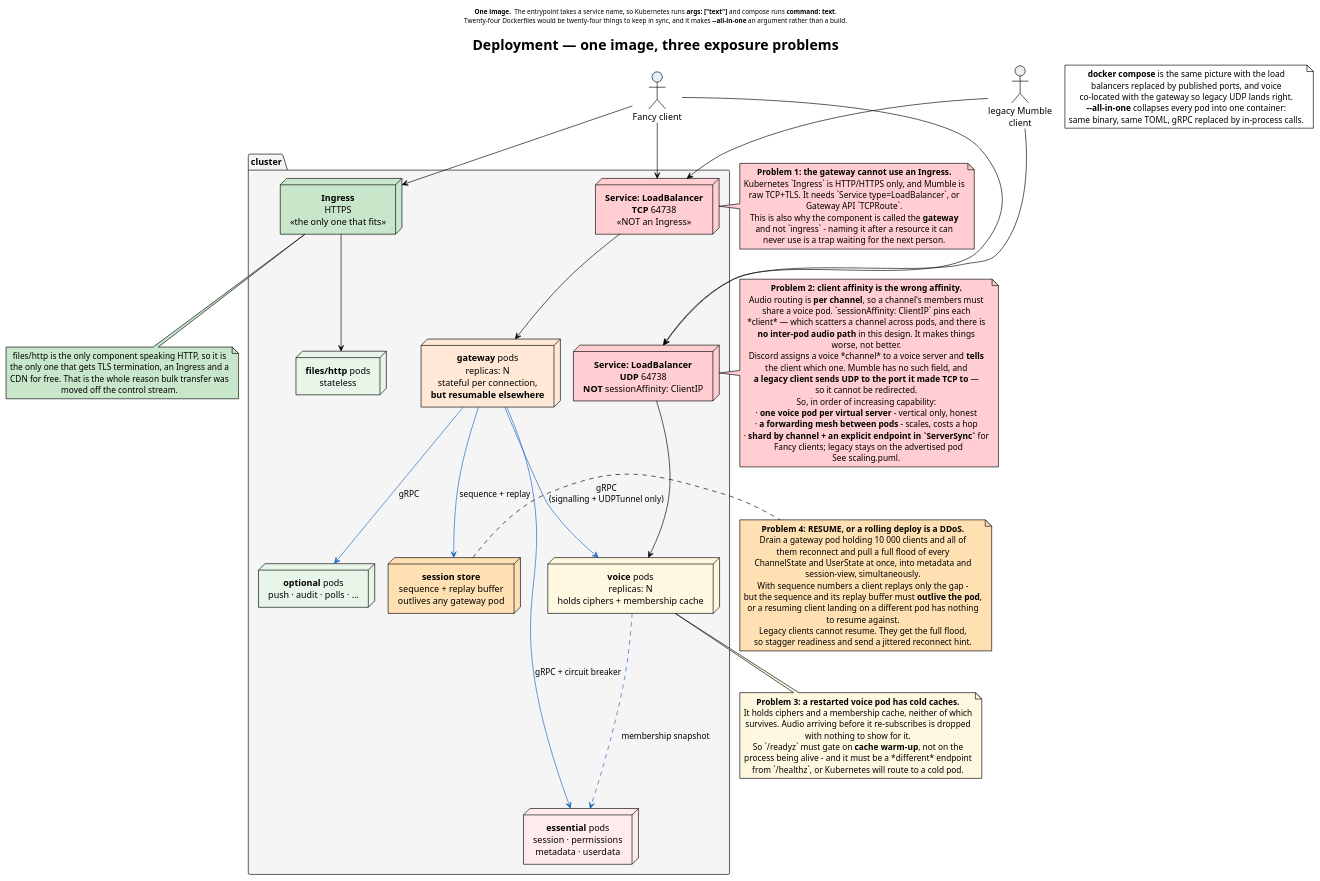
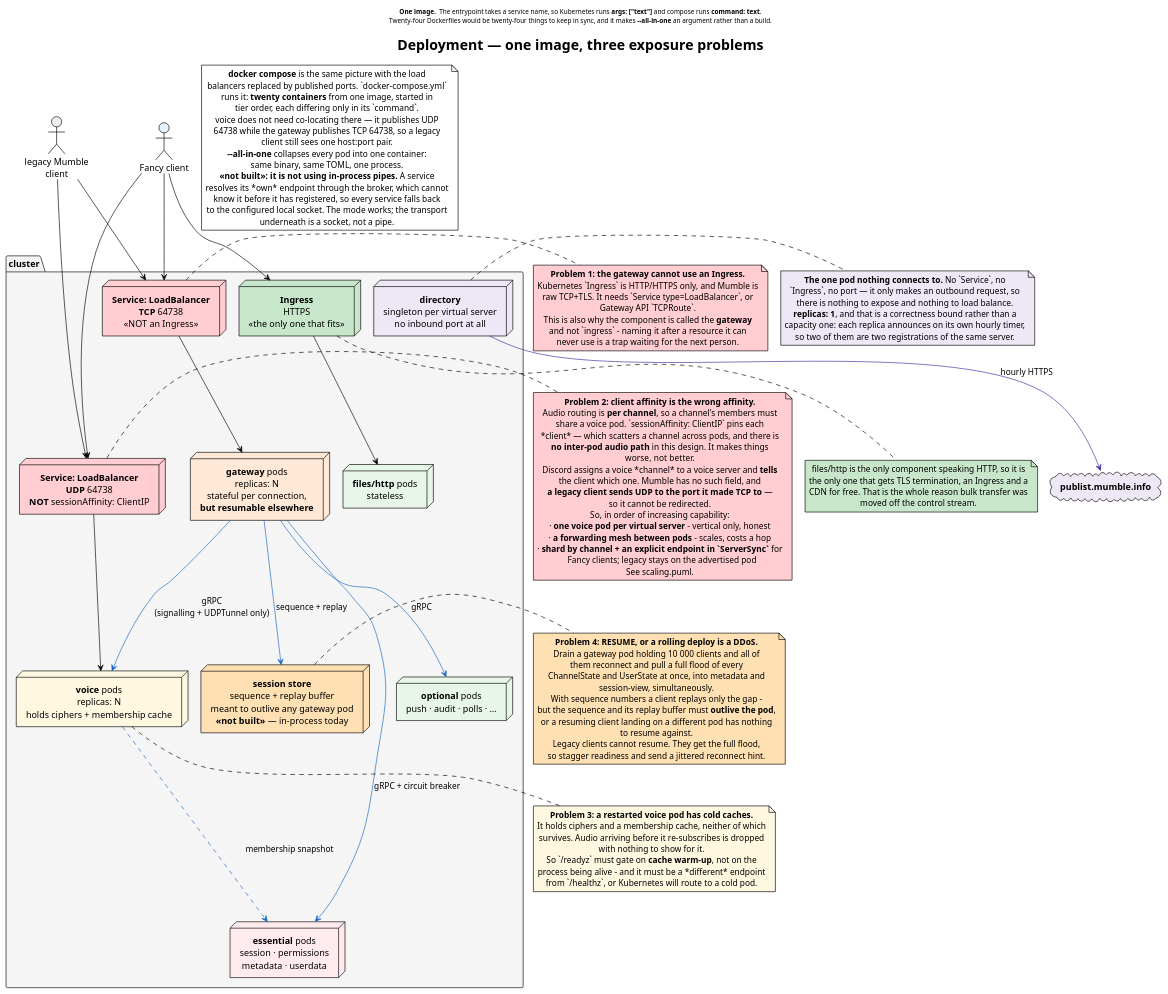
One commit to Fancy-Mumble/starling changed the diagram in docs/diagrams/deployment.puml. Above: the diagram before and after it, drawn with PlantUML. The commit also changed 12 other files, not shown here.

First line of the commit message:
build: add a deployable image and a compose stack

```diff
--- a/docs/diagrams/deployment.puml
+++ b/docs/diagrams/deployment.puml
@@ -1,118 +1,139 @@
 @startuml deployment
 !theme plain
 skinparam componentStyle rectangle
 skinparam shadowing false
 skinparam nodesep 20
 skinparam ranksep 45
 skinparam defaultTextAlignment center
 
 title Deployment — one image, three exposure problems
 
 header
 <b>One image.</b>  The entrypoint takes a service name, so Kubernetes runs <b>args: ["text"]</b> and compose runs <b>command: text</b>.
 Twenty-four Dockerfiles would be twenty-four things to keep in sync, and it makes <b>--all-in-one</b> an argument rather than a build.
 endheader
 
 actor "legacy Mumble\nclient" as legacy #EEEEEE
 actor "Fancy client" as fancy #E3F2FD
 
 package "cluster" as K8S #F5F5F5 {
 
   node "**Service: LoadBalancer**\n**TCP** 64738\n«NOT an Ingress»" as lbtcp #FFCDD2
   node "**Service: LoadBalancer**\n**UDP** 64738\n**NOT** sessionAffinity: ClientIP" as lbudp #FFCDD2
   node "**Ingress**\nHTTPS\n«the only one that fits»" as ing #C8E6C9
 
   node "**gateway** pods\nreplicas: N\nstateful per connection,\n**but resumable elsewhere**" as gwpod #FFE9D6
-  node "**session store**\nsequence + replay buffer\noutlives any gateway pod" as sstore #FFE0B2
+  node "**session store**\nsequence + replay buffer\nmeant to outlive any gateway pod\n**«not built»** — in-process today" as sstore #FFE0B2
   node "**voice** pods\nreplicas: N\nholds ciphers + membership cache" as vpod #FFF8E1
   node "**files/http** pods\nstateless" as fpod #E8F5E9
   node "**essential** pods\nsession · permissions\nmetadata · userdata" as epod #FFEBEE
   node "**optional** pods\npush · audit · polls · …" as opod #E8F5E9
+  node "**directory**\nsingleton per virtual server\nno inbound port at all" as dpod #EDE7F6
 }
+
+cloud "**publist.mumble.info**" as publist #EDE7F6
+dpod -[#4527A0]-> publist : hourly HTTPS
+note right of dpod #EDE7F6
+  **The one pod nothing connects to.** No `Service`, no
+  `Ingress`, no port — it only makes an outbound request, so
+  there is nothing to expose and nothing to load balance.
+  **replicas: 1**, and that is a correctness bound rather than a
+  capacity one: each replica announces on its own hourly timer,
+  so two of them are two registrations of the same server.
+end note
 
 legacy --> lbtcp
 fancy  --> lbtcp
 lbtcp  --> gwpod
 
 legacy --> lbudp
 fancy  --> lbudp
 lbudp  --> vpod
 
 fancy --> ing
 ing   --> fpod
 
 gwpod -[#1565C0]-> epod : gRPC + circuit breaker
 gwpod -[#1565C0]-> opod : gRPC
 gwpod -[#1565C0]-> vpod : gRPC\n(signalling + UDPTunnel only)
 gwpod -[#1565C0]-> sstore : sequence + replay
 vpod  -[#1565C0].-> epod : membership snapshot
 
 note right of sstore #FFE0B2
   **Problem 4: RESUME, or a rolling deploy is a DDoS.**
   Drain a gateway pod holding 10 000 clients and all of
   them reconnect and pull a full flood of every
   ChannelState and UserState at once, into metadata and
   session-view, simultaneously.
   With sequence numbers a client replays only the gap -
   but the sequence and its replay buffer must **outlive the pod**,
   or a resuming client landing on a different pod has nothing
   to resume against.
   Legacy clients cannot resume. They get the full flood,
   so stagger readiness and send a jittered reconnect hint.
 end note
 
 note right of lbtcp #FFCDD2
   **Problem 1: the gateway cannot use an Ingress.**
   Kubernetes `Ingress` is HTTP/HTTPS only, and Mumble is
   raw TCP+TLS. It needs `Service type=LoadBalancer`, or
   Gateway API `TCPRoute`.
   This is also why the component is called the **gateway**
   and not `ingress` - naming it after a resource it can
   never use is a trap waiting for the next person.
 end note
 
 note right of lbudp #FFCDD2
   **Problem 2: client affinity is the wrong affinity.**
   Audio routing is **per channel**, so a channel's members must
   share a voice pod. `sessionAffinity: ClientIP` pins each
   *client* — which scatters a channel across pods, and there is
   **no inter-pod audio path** in this design. It makes things
   worse, not better.
   Discord assigns a voice *channel* to a voice server and **tells**
   the client which one. Mumble has no such field, and
   **a legacy client sends UDP to the port it made TCP to** —
   so it cannot be redirected.
   So, in order of increasing capability:
   · **one voice pod per virtual server** - vertical only, honest
   · **a forwarding mesh between pods** - scales, costs a hop
   · **shard by channel + an explicit endpoint in `ServerSync`** for
     Fancy clients; legacy stays on the advertised pod
   See scaling.puml.
 end note
 
 note bottom of vpod #FFF8E1
   **Problem 3: a restarted voice pod has cold caches.**
   It holds ciphers and a membership cache, neither of which
   survives. Audio arriving before it re-subscribes is dropped
   with nothing to show for it.
   So `/readyz` must gate on **cache warm-up**, not on the
   process being alive - and it must be a *different* endpoint
   from `/healthz`, or Kubernetes will route to a cold pod.
 end note
 
 note bottom of ing #C8E6C9
   files/http is the only component speaking HTTP, so it is
   the only one that gets TLS termination, an Ingress and a
   CDN for free. That is the whole reason bulk transfer was
   moved off the control stream.
 end note
 
 note as COMPOSE #FFFFFF
   **docker compose** is the same picture with the load
-  balancers replaced by published ports, and voice
-  co-located with the gateway so legacy UDP lands right.
+  balancers replaced by published ports. `docker-compose.yml`
+  runs it: **twenty containers** from one image, started in
+  tier order, each differing only in its `command`.
+  voice does not need co-locating there — it publishes UDP
+  64738 while the gateway publishes TCP 64738, so a legacy
+  client still sees one host:port pair.
   **--all-in-one** collapses every pod into one container:
-  same binary, same TOML, gRPC replaced by in-process calls.
+  same binary, same TOML, one process.
+  **«not built»: it is not using in-process pipes.** A service
+  resolves its *own* endpoint through the broker, which cannot
+  know it before it has registered, so every service falls back
+  to the configured local socket. The mode works; the transport
+  underneath is a socket, not a pipe.
 end note
 
 @enduml
```
